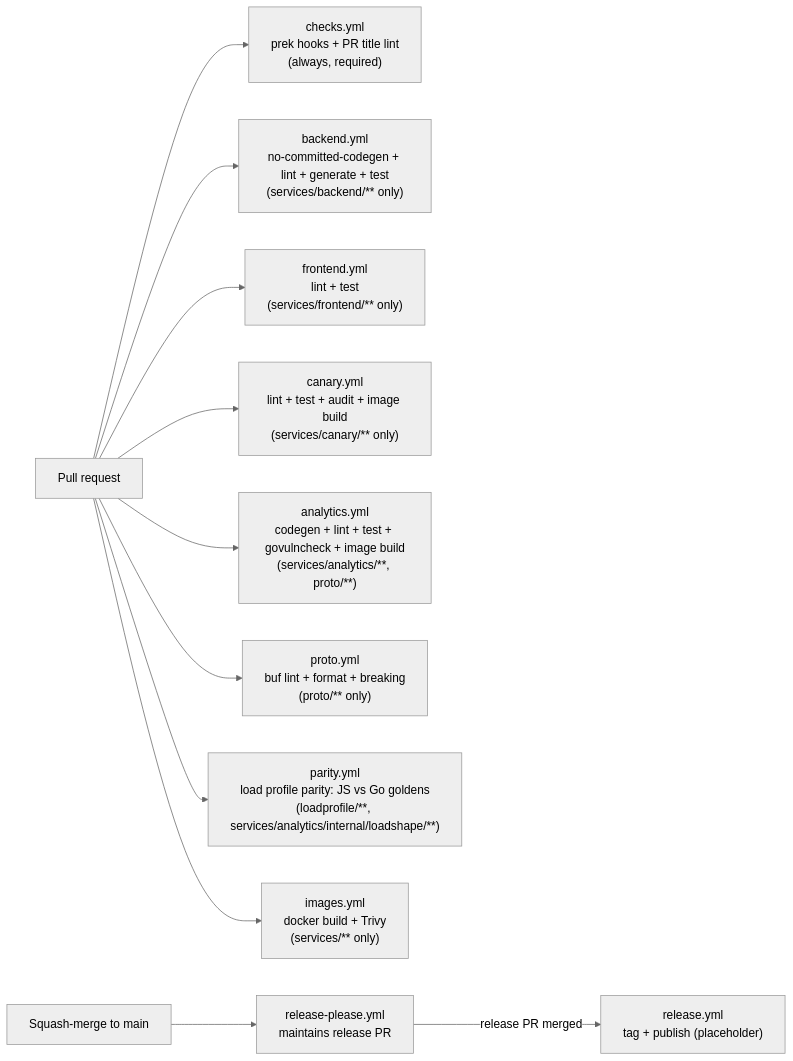
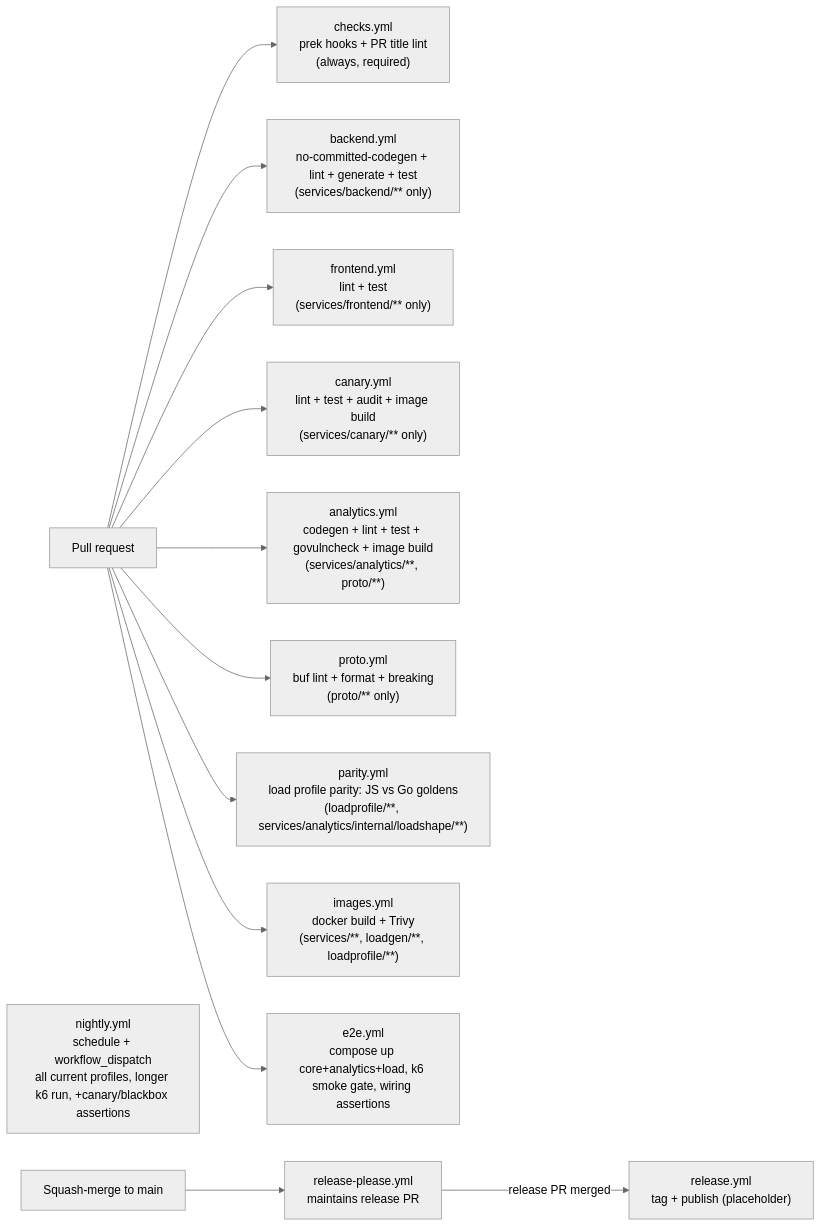
Before and after one commit to vovinacci/devops-demo: the diagram in docs/ci.md, drawn with Mermaid (neutral theme). The commit also changed other lines of this file and 11 other files, not shown here.

First line of the commit message:
ci: e2e smoke gate with make parity, nightly full-profile run (#172)

````diff
--- a/docs/ci.md
+++ b/docs/ci.md
@@ -12,13 +12,15 @@
 ```mermaid
 flowchart LR
     pr[Pull request] --> checks["checks.yml<br/>prek hooks + PR title lint<br/>(always, required)"]
     pr --> be["backend.yml<br/>no-committed-codegen + lint + generate + test<br/>(services/backend/** only)"]
     pr --> fe["frontend.yml<br/>lint + test<br/>(services/frontend/** only)"]
     pr --> ca["canary.yml<br/>lint + test + audit + image build<br/>(services/canary/** only)"]
     pr --> an["analytics.yml<br/>codegen + lint + test + govulncheck + image build<br/>(services/analytics/**, proto/**)"]
     pr --> proto["proto.yml<br/>buf lint + format + breaking<br/>(proto/** only)"]
     pr --> par["parity.yml<br/>load profile parity: JS vs Go goldens<br/>(loadprofile/**, services/analytics/internal/loadshape/**)"]
-    pr --> img["images.yml<br/>docker build + Trivy<br/>(services/** only)"]
+    pr --> img["images.yml<br/>docker build + Trivy<br/>(services/**, loadgen/**, loadprofile/**)"]
+    pr --> e2e["e2e.yml<br/>compose up core+analytics+load, k6 smoke gate, wiring assertions"]
+    night["nightly.yml<br/>schedule + workflow_dispatch<br/>all current profiles, longer k6 run, +canary/blackbox assertions"]
     merge[Squash-merge to main] --> rp["release-please.yml<br/>maintains release PR"]
     rp -->|release PR merged| rel["release.yml<br/>tag + publish (placeholder)"]
 ```
````
